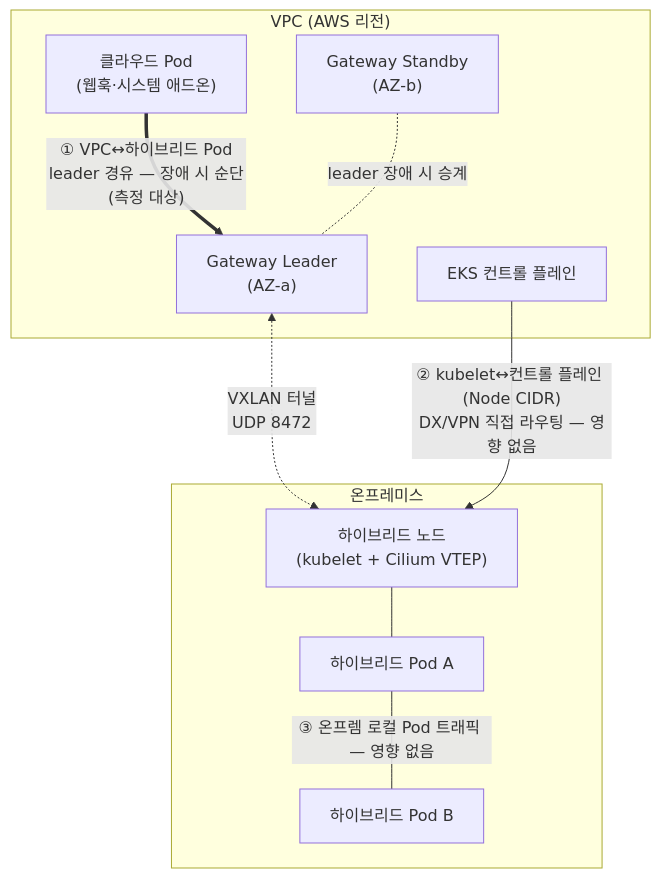
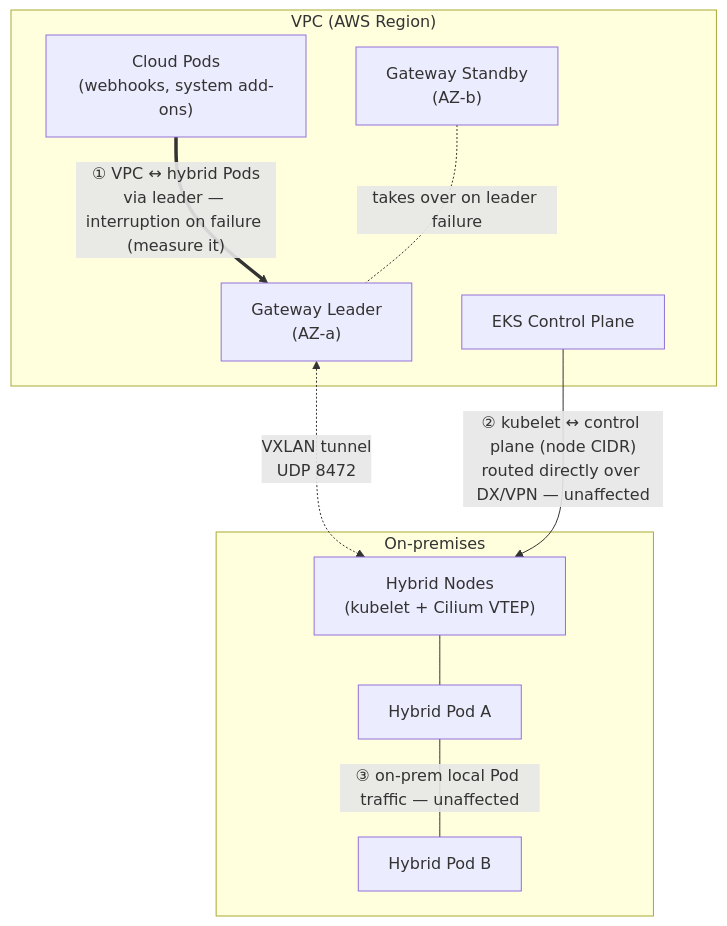
One commit to devfloor9/engineering-playbook changed the second of 2 diagrams in docs/eks-hybrid-nodes/networking/hybrid-nodes-gateway.md. Above: the diagram before and after it, drawn with Mermaid. The commit also changed other lines of this file and 954 other files, not shown here.

````diff
--- a/docs/eks-hybrid-nodes/networking/hybrid-nodes-gateway.md
+++ b/docs/eks-hybrid-nodes/networking/hybrid-nodes-gateway.md
@@ -271,20 +271,20 @@
 ```mermaid
 flowchart TB
-    subgraph VPC["VPC (AWS 리전)"]
-        CP["EKS 컨트롤 플레인"]
-        CPOD["클라우드 Pod<br/>(웹훅·시스템 애드온)"]
+    subgraph VPC["VPC (AWS Region)"]
+        CP["EKS Control Plane"]
+        CPOD["Cloud Pods<br/>(webhooks, system add-ons)"]
         GWL["Gateway Leader<br/>(AZ-a)"]
         GWS["Gateway Standby<br/>(AZ-b)"]
     end
-    subgraph ONPREM["온프레미스"]
-        HN["하이브리드 노드<br/>(kubelet + Cilium VTEP)"]
-        P1["하이브리드 Pod A"]
-        P2["하이브리드 Pod B"]
+    subgraph ONPREM["On-premises"]
+        HN["Hybrid Nodes<br/>(kubelet + Cilium VTEP)"]
+        P1["Hybrid Pod A"]
+        P2["Hybrid Pod B"]
     end
-    CPOD =="① VPC↔하이브리드 Pod<br/>leader 경유 — 장애 시 순단(측정 대상)"==> GWL
-    GWL <-. "VXLAN 터널<br/>UDP 8472" .-> HN
-    GWS -. "leader 장애 시 승계" .- GWL
-    CP --"② kubelet↔컨트롤 플레인 (Node CIDR)<br/>DX/VPN 직접 라우팅 — 영향 없음"--> HN
-    P1 --"③ 온프렘 로컬 Pod 트래픽 — 영향 없음"--- P2
+    CPOD =="① VPC ↔ hybrid Pods<br/>via leader — interruption on failure (measure it)"==> GWL
+    GWL <-. "VXLAN tunnel<br/>UDP 8472" .-> HN
+    GWS -. "takes over on leader failure" .- GWL
+    CP --"② kubelet ↔ control plane (node CIDR)<br/>routed directly over DX/VPN — unaffected"--> HN
+    P1 --"③ on-prem local Pod traffic — unaffected"--- P2
     HN --- P1
 ```
````
